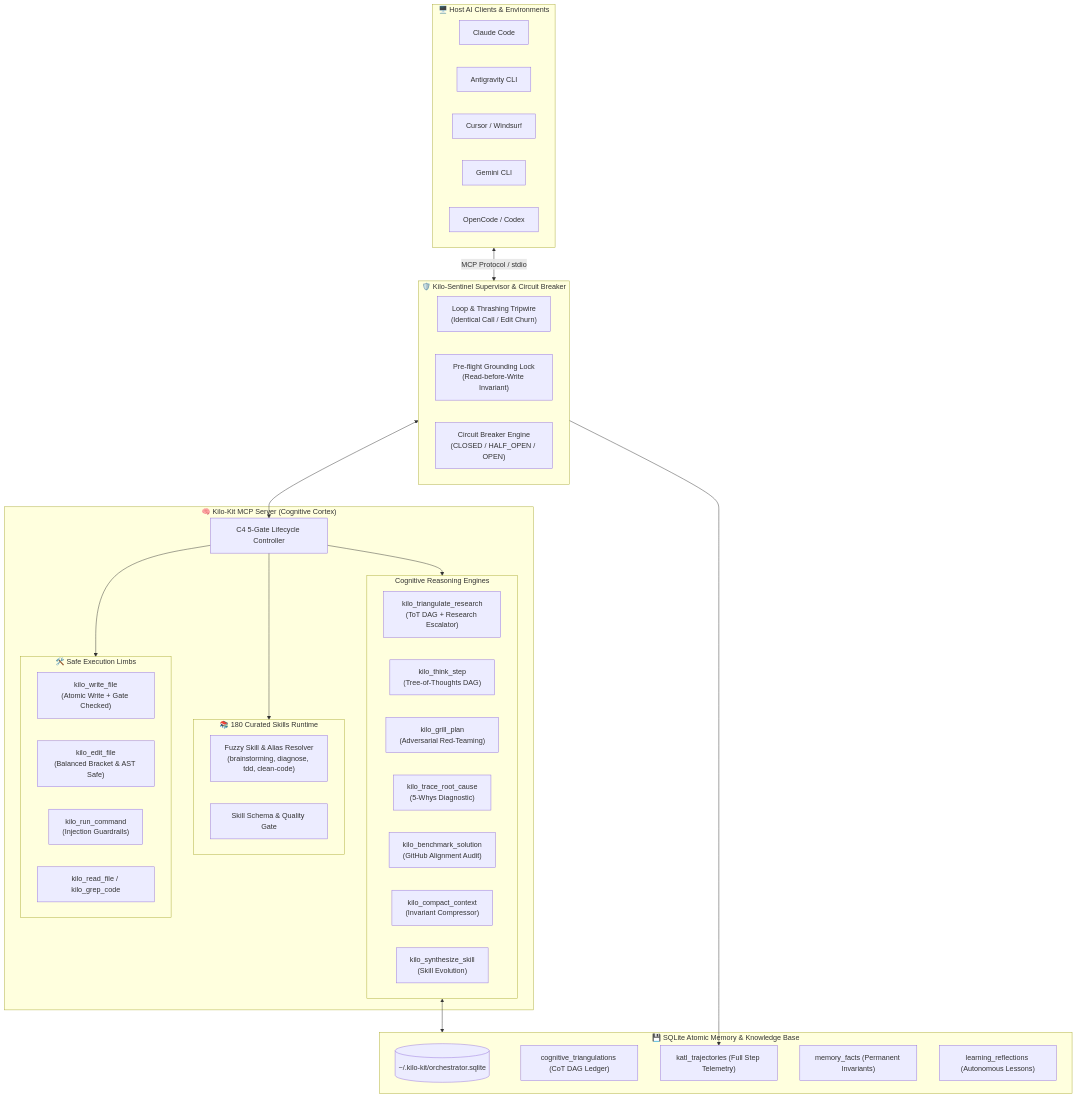
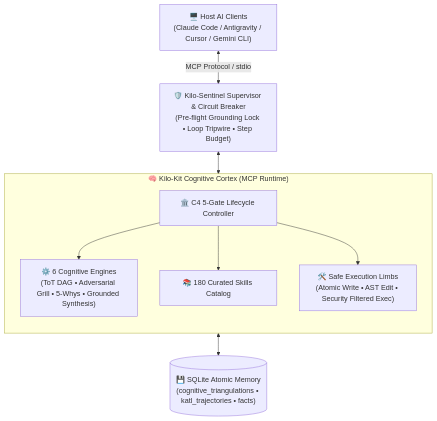
One commit to VoDaiLocz/kilo-kit-mcp changed the first of 3 diagrams in README.md. Above: the diagram before and after it, drawn with Mermaid. The commit also changed other lines of this file, not shown here.

Commit message:
fix(docs): refactor Mermaid diagrams to clean flowcharts to fix rich display parse error and prevent horizontal overflow on GitHub

````diff
--- a/README.md
+++ b/README.md
@@ -47,59 +47,23 @@
 ```mermaid
-flowchart TB
-    subgraph HostClients["🖥️ Host AI Clients & Environments"]
-        CC["Claude Code"]
-        AG["Antigravity CLI"]
-        CUR["Cursor / Windsurf"]
-        GEM["Gemini CLI"]
-        OC["OpenCode / Codex"]
+flowchart TD
+    Clients["🖥️ Host AI Clients<br/>(Claude Code / Antigravity / Cursor / Gemini CLI)"]
+    
+    Sentinel["🛡️ Kilo-Sentinel Supervisor & Circuit Breaker<br/>(Pre-flight Grounding Lock • Loop Tripwire • Step Budget)"]
+    
+    subgraph Cortex["🧠 Kilo-Kit Cognitive Cortex (MCP Runtime)"]
+        direction TB
+        C4["🏛️ C4 5-Gate Lifecycle Controller"]
+        Engines["⚙️ 6 Cognitive Engines<br/>(ToT DAG • Adversarial Grill • 5-Whys • Grounded Synthesis)"]
+        Skills["📚 180 Curated Skills Catalog"]
+        Limbs["🛠️ Safe Execution Limbs<br/>(Atomic Write • AST Edit • Security Filtered Exec)"]
+        C4 --> Engines
+        C4 --> Skills
+        C4 --> Limbs
     end
-
-    subgraph SupervisorLayer["🛡️ Kilo-Sentinel Supervisor & Circuit Breaker"]
-        Tripwire["Loop & Thrashing Tripwire\n(Identical Call / Edit Churn)"]
-        PreFlight["Pre-flight Grounding Lock\n(Read-before-Write Invariant)"]
-        Breaker["Circuit Breaker Engine\n(CLOSED / HALF_OPEN / OPEN)"]
-    end
-
-    subgraph CortexCore["🧠 Kilo-Kit MCP Server (Cognitive Cortex)"]
-        GateEngine["C4 5-Gate Lifecycle Controller"]
-        
-        subgraph CognitiveEngines["Cognitive Reasoning Engines"]
-            TRIANG["kilo_triangulate_research\n(ToT DAG + Research Escalator)"]
-            TOT["kilo_think_step\n(Tree-of-Thoughts DAG)"]
-            RED["kilo_grill_plan\n(Adversarial Red-Teaming)"]
-            ROOT["kilo_trace_root_cause\n(5-Whys Diagnostic)"]
-            BENCH["kilo_benchmark_solution\n(GitHub Alignment Audit)"]
-            COMP["kilo_compact_context\n(Invariant Compressor)"]
-            SYNTH["kilo_synthesize_skill\n(Skill Evolution)"]
-        end
-
-        subgraph SkillCatalog["📚 180 Curated Skills Runtime"]
-            FuzzyResolver["Fuzzy Skill & Alias Resolver\n(brainstorming, diagnose, tdd, clean-code)"]
-            SkillValidator["Skill Schema & Quality Gate"]
-        end
-
-        subgraph SafeLimbs["🛠️ Safe Execution Limbs"]
-            SWrite["kilo_write_file\n(Atomic Write + Gate Checked)"]
-            SEdit["kilo_edit_file\n(Balanced Bracket & AST Safe)"]
-            SRun["kilo_run_command\n(Injection Guardrails)"]
-            SRead["kilo_read_file / kilo_grep_code"]
-        end
-    end
-
-    subgraph PersistenceLayer["💾 SQLite Atomic Memory & Knowledge Base"]
-        SQLiteDB[("~/.kilo-kit/orchestrator.sqlite")]
-        KTRI["cognitive_triangulations (CoT DAG Ledger)"]
-        KTRJ["katl_trajectories (Full Step Telemetry)"]
-        KFACT["memory_facts (Permanent Invariants)"]
-        KREF["learning_reflections (Autonomous Lessons)"]
-    end
-
-    HostClients <-->|MCP Protocol / stdio| SupervisorLayer
-    SupervisorLayer <--> GateEngine
-    GateEngine --> CognitiveEngines
-    GateEngine --> SkillCatalog
-    GateEngine --> SafeLimbs
-    CognitiveEngines <--> PersistenceLayer
-    SupervisorLayer --> KTRJ
-    PersistenceLayer --- SQLiteDB
+    
+    DB[("💾 SQLite Atomic Memory<br/>(cognitive_triangulations • katl_trajectories • facts)")]
+    
+    Clients <-->|MCP Protocol / stdio| Sentinel
+    Sentinel <--> Cortex
+    Cortex <--> DB
 ```
````
